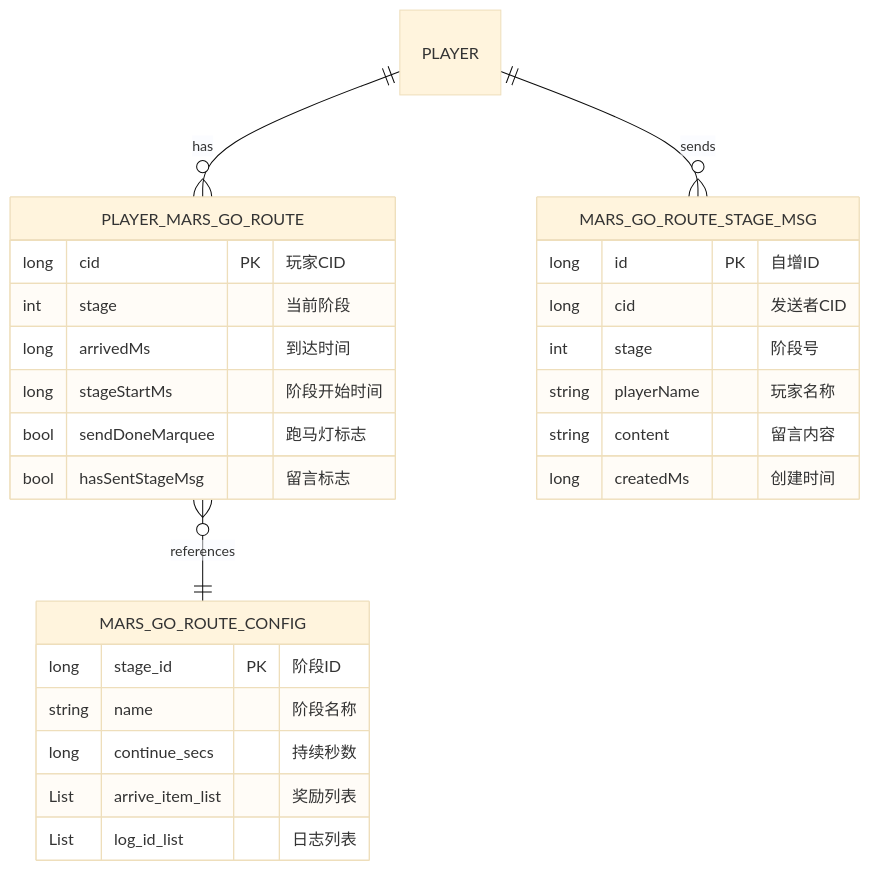
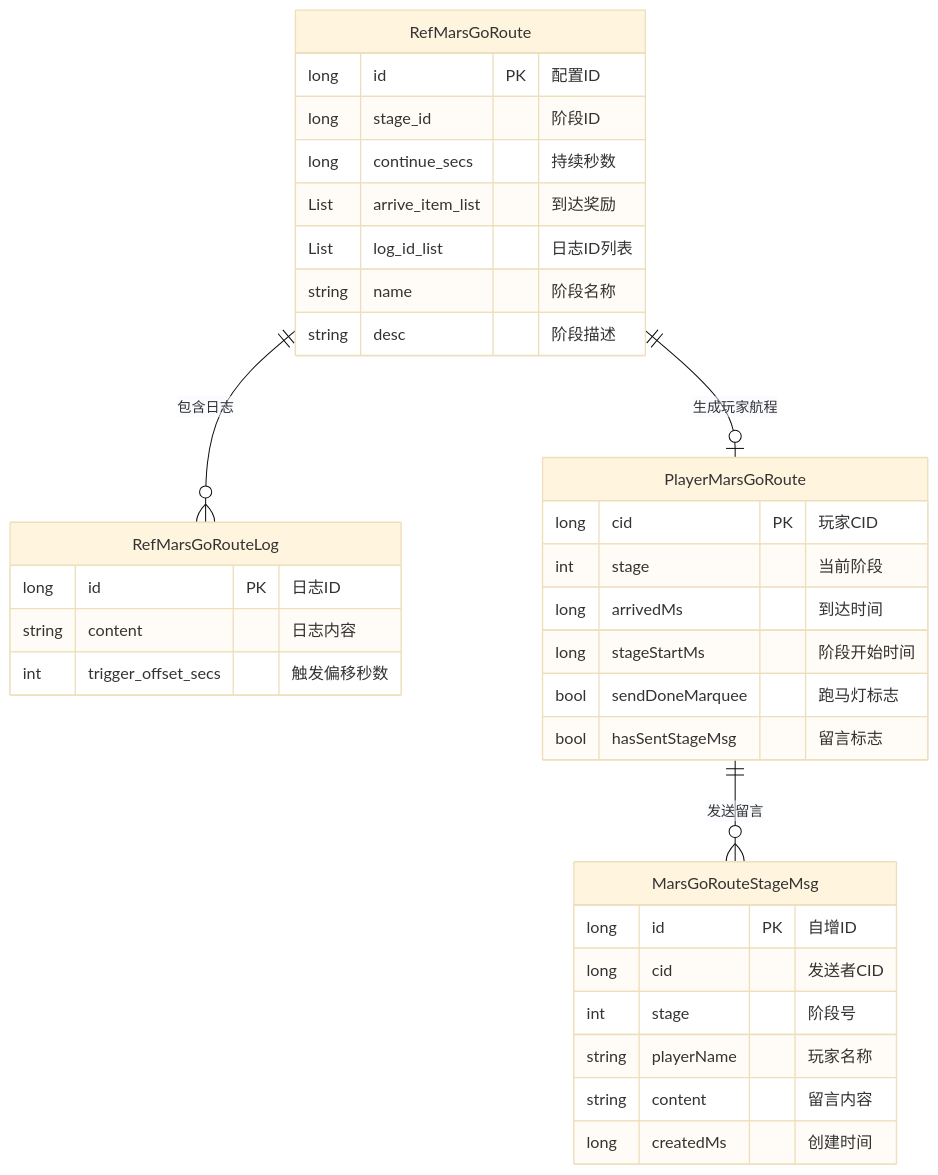
The second of 7 diagrams in docs/Module_Mars/01_数据配表.md (Alan-Ben/k2c_game_framework), drawn with Mermaid (base theme) before and after one commit. The commit also changed other lines of this file and 6 other files, not shown here.

````diff
--- a/docs/Module_Mars/01_数据配表.md
+++ b/docs/Module_Mars/01_数据配表.md
@@ -197,32 +56,40 @@
 ```mermaid
 erDiagram
-    PLAYER ||--o{ PLAYER_MARS_GO_ROUTE : has
-    PLAYER ||--o{ MARS_GO_ROUTE_STAGE_MSG : sends
-    PLAYER_MARS_GO_ROUTE }o--|| MARS_GO_ROUTE_CONFIG : references
+    RefMarsGoRoute ||--o{ RefMarsGoRouteLog : "包含日志"
+    RefMarsGoRoute ||--o| PlayerMarsGoRoute : "生成玩家航程"
+    PlayerMarsGoRoute ||--o{ MarsGoRouteStageMsg : "发送留言"
 
-    PLAYER_MARS_GO_ROUTE {
+    RefMarsGoRoute {
+        long id PK "配置ID"
+        long stage_id "阶段ID"
+        long continue_secs "持续秒数"
+        List arrive_item_list "到达奖励"
+        List log_id_list "日志ID列表"
+        string name "阶段名称"
+        string desc "阶段描述"
+    }
+
+    RefMarsGoRouteLog {
+        long id PK "日志ID"
+        string content "日志内容"
+        int trigger_offset_secs "触发偏移秒数"
+    }
+
+    PlayerMarsGoRoute {
         long cid PK "玩家CID"
         int stage "当前阶段"
         long arrivedMs "到达时间"
         long stageStartMs "阶段开始时间"
         bool sendDoneMarquee "跑马灯标志"
         bool hasSentStageMsg "留言标志"
     }
 
-    MARS_GO_ROUTE_STAGE_MSG {
+    MarsGoRouteStageMsg {
         long id PK "自增ID"
         long cid "发送者CID"
         int stage "阶段号"
         string playerName "玩家名称"
         string content "留言内容"
         long createdMs "创建时间"
     }
-
-    MARS_GO_ROUTE_CONFIG {
-        long stage_id PK "阶段ID"
-        string name "阶段名称"
-        long continue_secs "持续秒数"
-        List arrive_item_list "奖励列表"
-        List log_id_list "日志列表"
-    }
 ```
````
